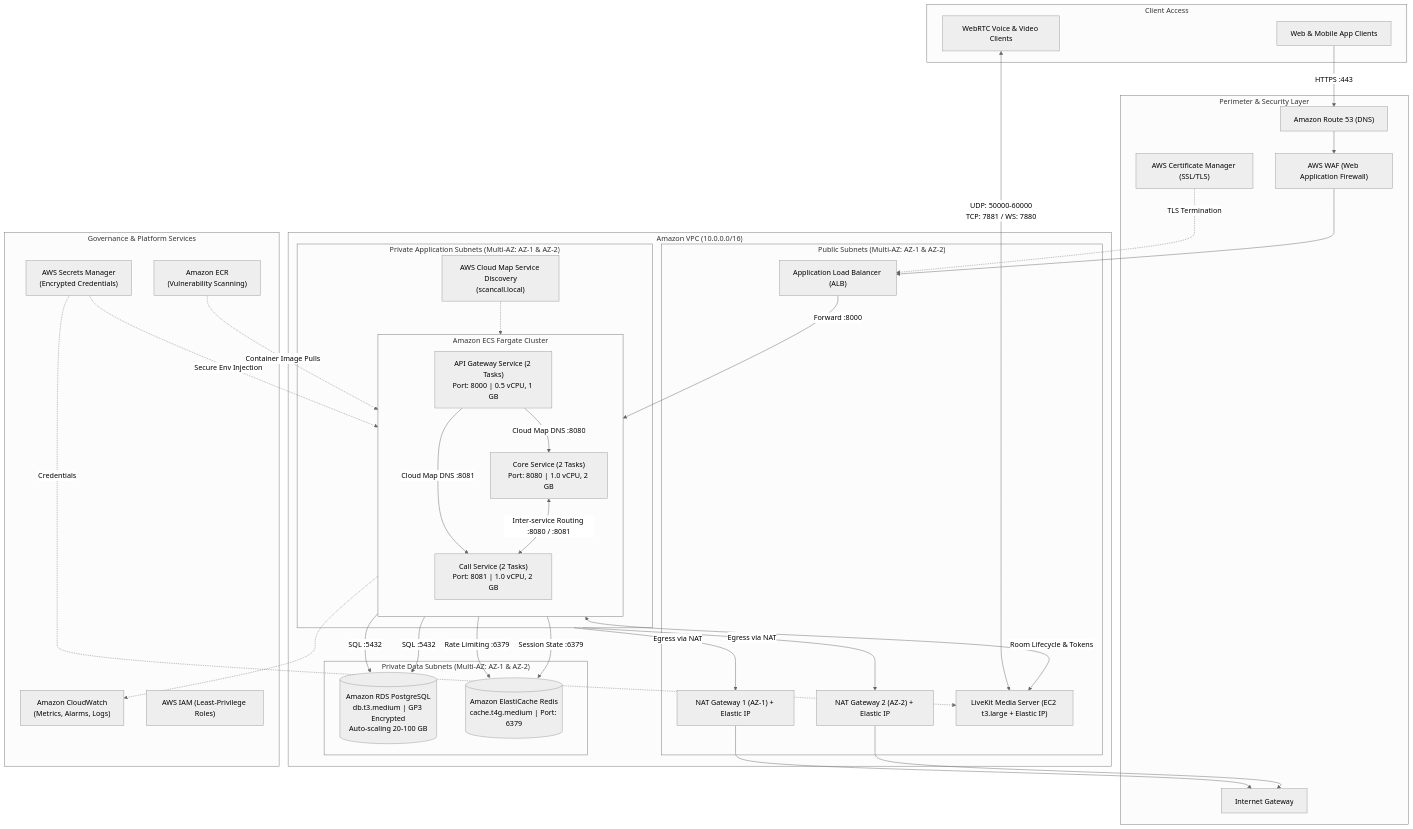
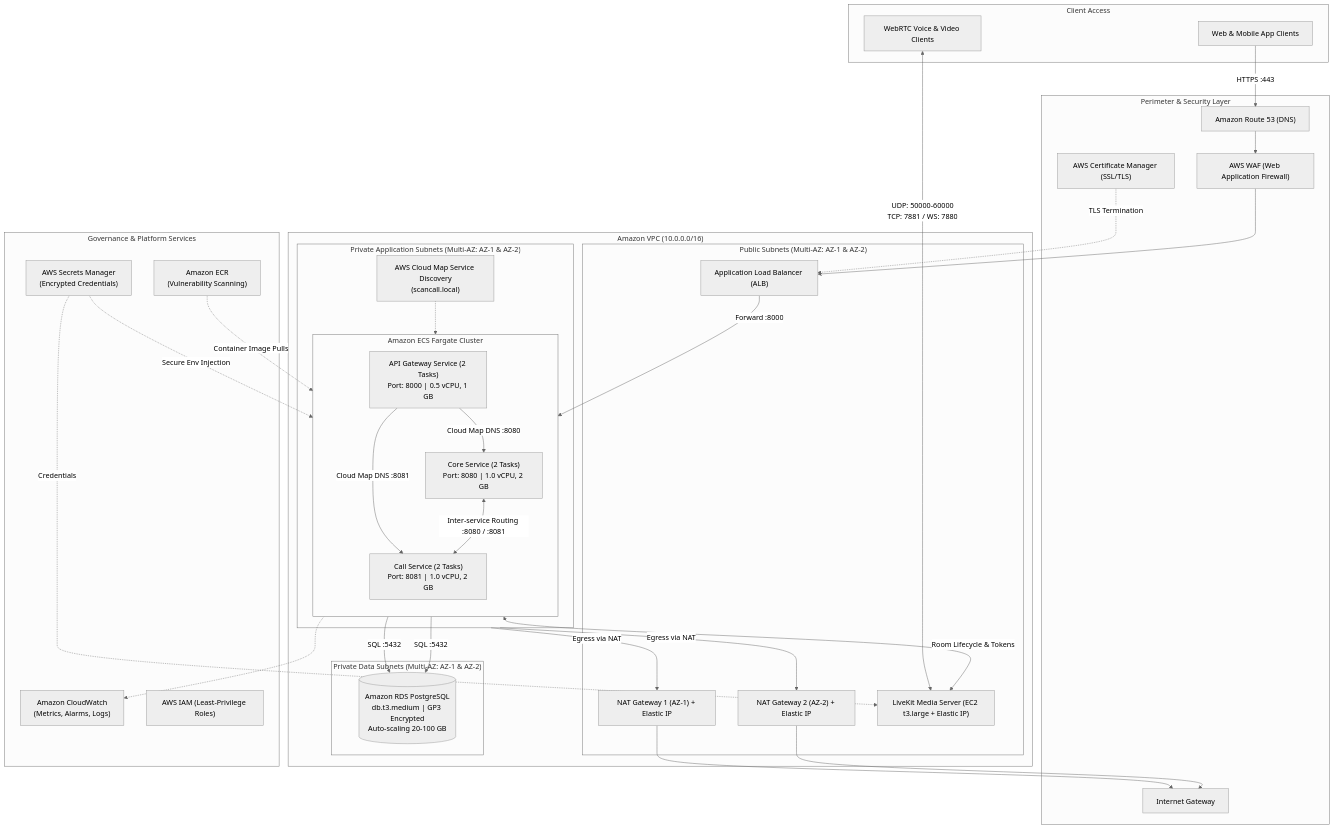
Before and after one commit to Devinivishaka/scancall_terraform: the diagram in ARCHITECTURE.md, drawn with Mermaid (neutral theme). The commit also changed other lines of this file and 7 other files, not shown here.

Commit message:
refactor: remove ElastiCache Redis resources and references from infrastructure configuration

```diff
--- a/ARCHITECTURE.md
+++ b/ARCHITECTURE.md
@@ -47,7 +47,6 @@
         %% Private Data Subnets
         subgraph DataSubnets["Private Data Subnets (Multi-AZ: AZ-1 & AZ-2)"]
             RDS[("Amazon RDS PostgreSQL<br/>db.t3.medium | GP3 Encrypted<br/>Auto-scaling 20-100 GB")]
-            Redis[("Amazon ElastiCache Redis<br/>cache.t4g.medium | Port: 6379")]
         end
     end
 
@@ -79,8 +78,6 @@
     %% Data Layer Flow
     CoreSvc -->|SQL :5432| RDS
     CallSvc -->|SQL :5432| RDS
-    APIGW -->|Rate Limiting :6379| Redis
-    CallSvc -->|Session State :6379| Redis
 
     %% Outbound Egress & Platform Links
     AppSubnets -->|Egress via NAT| NAT1 & NAT2
```
